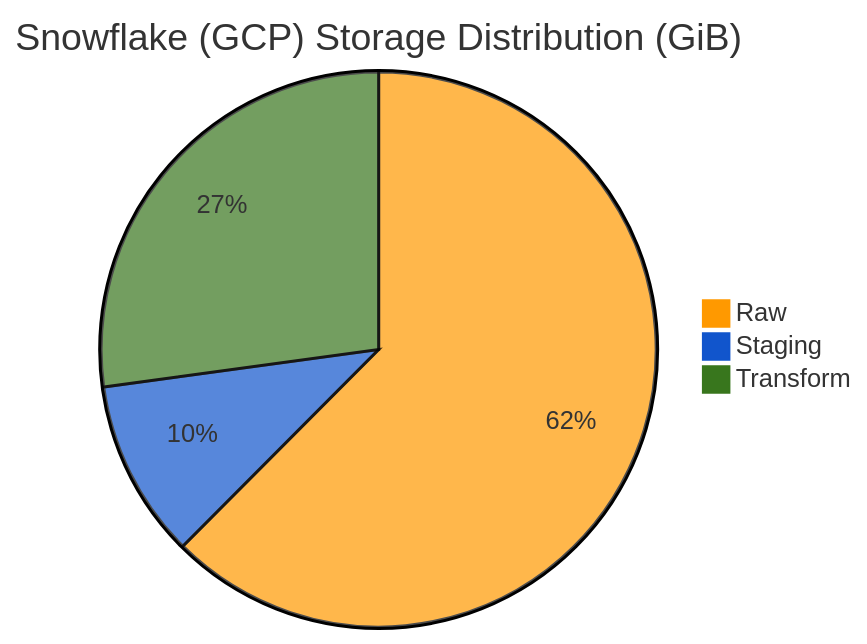
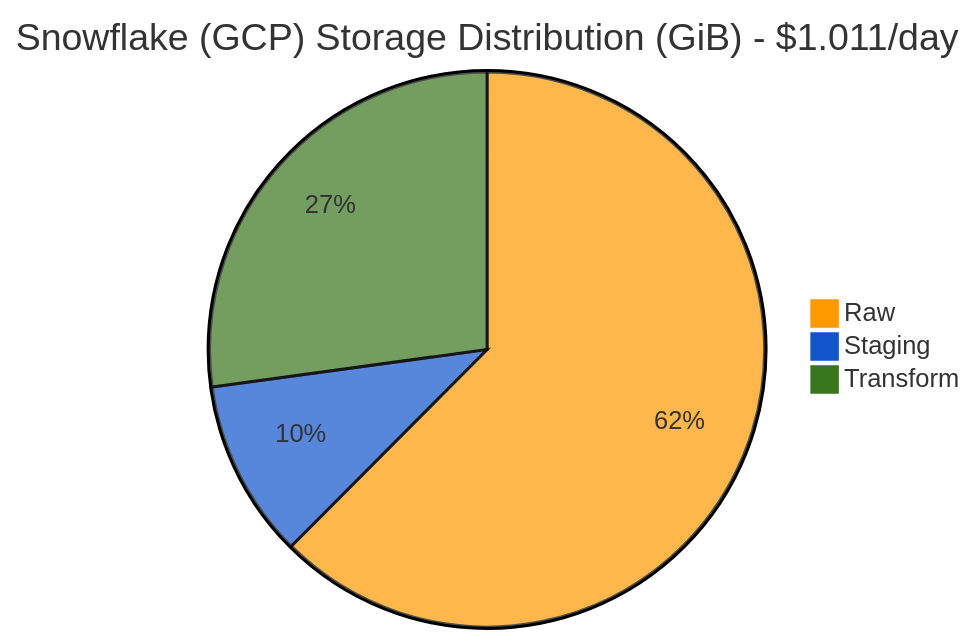
Before and after one commit to nhudinh2103/Multi-platform-comparison-NYC-Taxi-dataset: the third of 3 diagrams in README.md, drawn with Mermaid. The commit also changed other lines of this file and 5 other files, not shown here.

Commit message:
Update README.md and chart for new cost value

````diff
--- a/README.md
+++ b/README.md
@@ -292,8 +292,8 @@
 ```mermaid
 %%{init: {'theme': 'base', 'themeVariables': { 'pie1': '#ff9900', 'pie2': '#1155cc', 'pie3': '#38761d'}}}%%
 pie
-    title Snowflake (GCP) Storage Distribution (GiB)
+    title Snowflake (GCP) Storage Distribution (GiB) - $1.011/day
     "Raw" : 223.13
     "Staging" : 37.08
     "Transform" : 97
 ```
````
